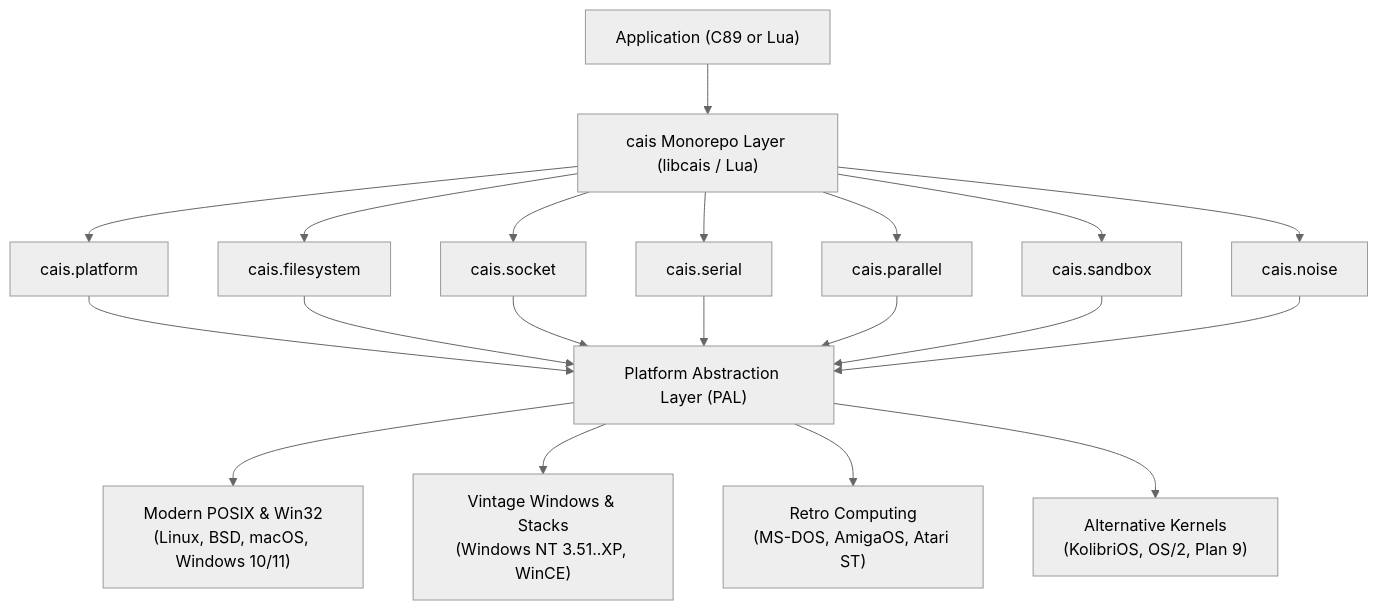
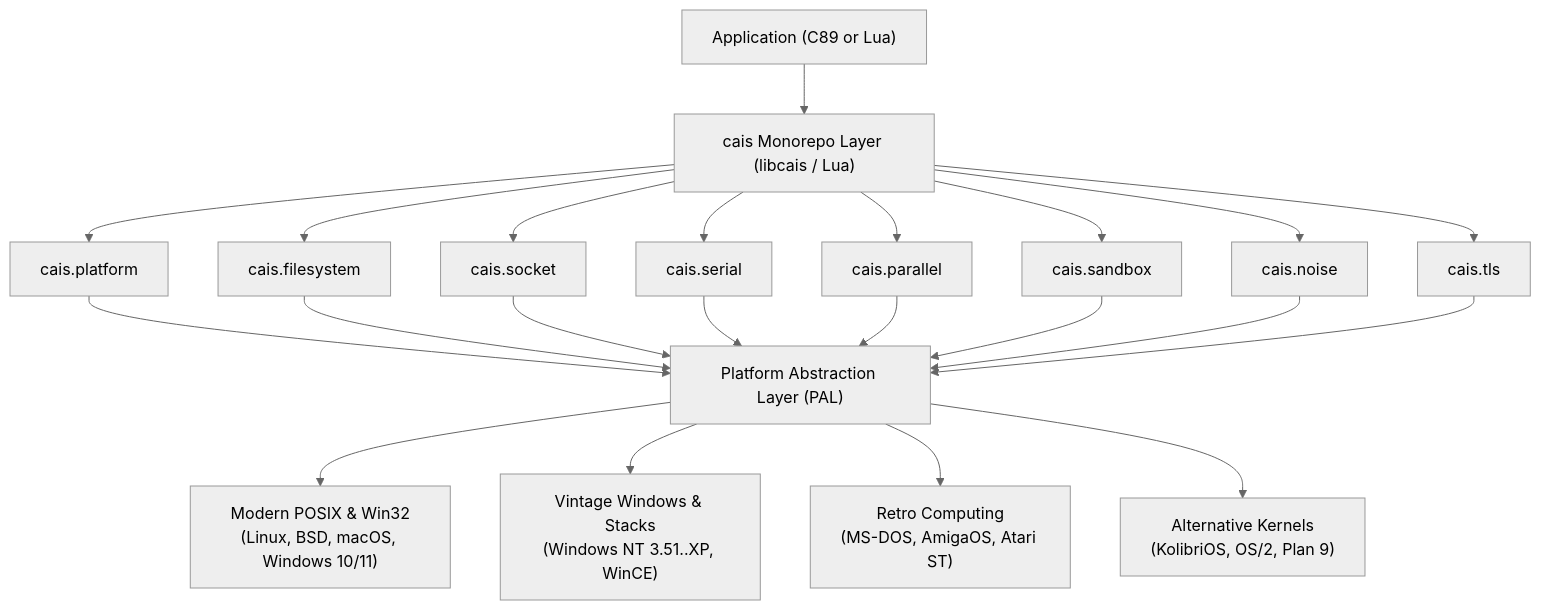
The diagram in docs/index.md (projectum-lunare/cais), drawn with Mermaid (neutral theme) before and after one commit. The commit also changed other lines of this file and 2 other files, not shown here.

Commit message:
fix(noise): validate options strictly in cais.noise.create and add cais.tls to docs index

````diff
--- a/docs/index.md
+++ b/docs/index.md
@@ -15,35 +15,37 @@
 ```mermaid
 graph TD
     UserApp["Application (C89 or Lua)"]
     Cais["cais Monorepo Layer (libcais / Lua)"]
     
     SubPlatform["cais.platform"]
     SubFS["cais.filesystem"]
     SubSocket["cais.socket"]
     SubSerial["cais.serial"]
     SubParallel["cais.parallel"]
     SubSandbox["cais.sandbox"]
     SubNoise["cais.noise"]
+    SubTLS["cais.tls"]
     
     PAL["Platform Abstraction Layer (PAL)"]
     
     OSModern["Modern POSIX & Win32<br/>(Linux, BSD, macOS, Windows 10/11)"]
     OSVintage["Vintage Windows & Stacks<br/>(Windows NT 3.51..XP, WinCE)"]
     OSRetro["Retro Computing<br/>(MS-DOS, AmigaOS, Atari ST)"]
     OSExotic["Alternative Kernels<br/>(KolibriOS, OS/2, Plan 9)"]
 
     UserApp --> Cais
     Cais --> SubPlatform
     Cais --> SubFS
     Cais --> SubSocket
     Cais --> SubSerial
     Cais --> SubParallel
     Cais --> SubSandbox
     Cais --> SubNoise
+    Cais --> SubTLS
     
-    SubPlatform & SubFS & SubSocket & SubSerial & SubParallel & SubSandbox & SubNoise --> PAL
+    SubPlatform & SubFS & SubSocket & SubSerial & SubParallel & SubSandbox & SubNoise & SubTLS --> PAL
     PAL --> OSModern
     PAL --> OSVintage
     PAL --> OSRetro
     PAL --> OSExotic
 ```
````
